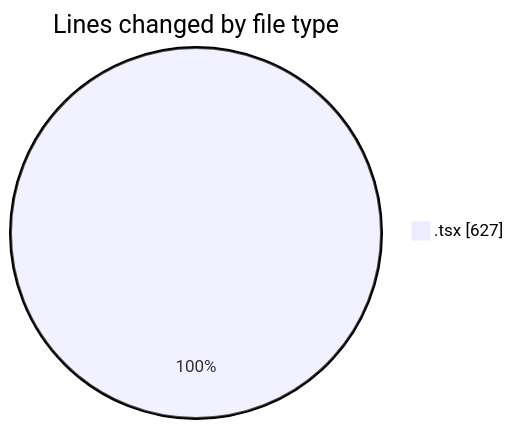
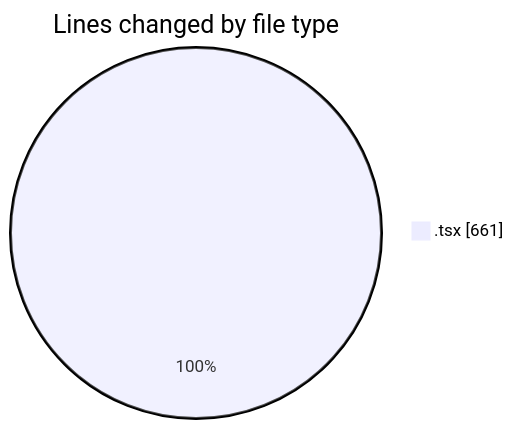
The first of 2 diagrams in 2026-04-19/airfeed-analytics-dashboard/README.md (nxtqubesakshisongat/code-tracking), drawn with Mermaid before and after one commit. The commit also changed other lines of this file and 1 other file, not shown here.

````diff
--- a/2026-04-19/airfeed-analytics-dashboard/README.md
+++ b/2026-04-19/airfeed-analytics-dashboard/README.md
@@ -21,5 +21,5 @@
 ```mermaid
 pie showData
 title Lines changed by file type
-".tsx" : 627
+".tsx" : 661
 ```
````
